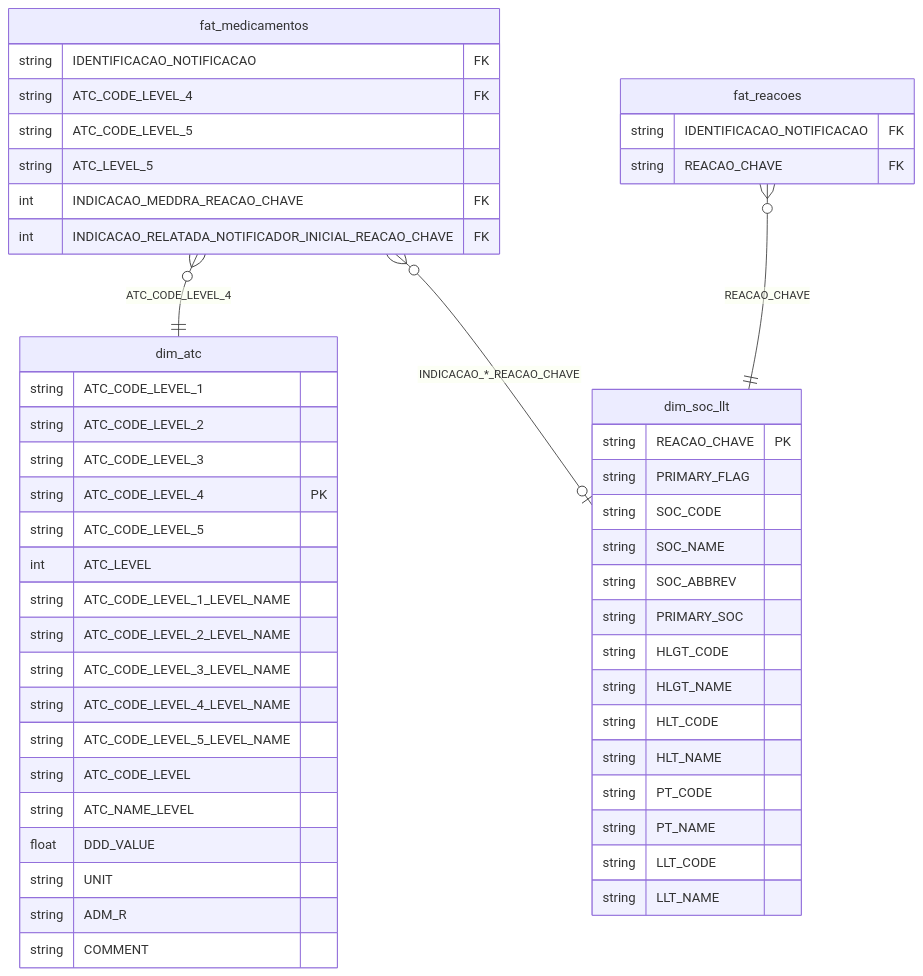
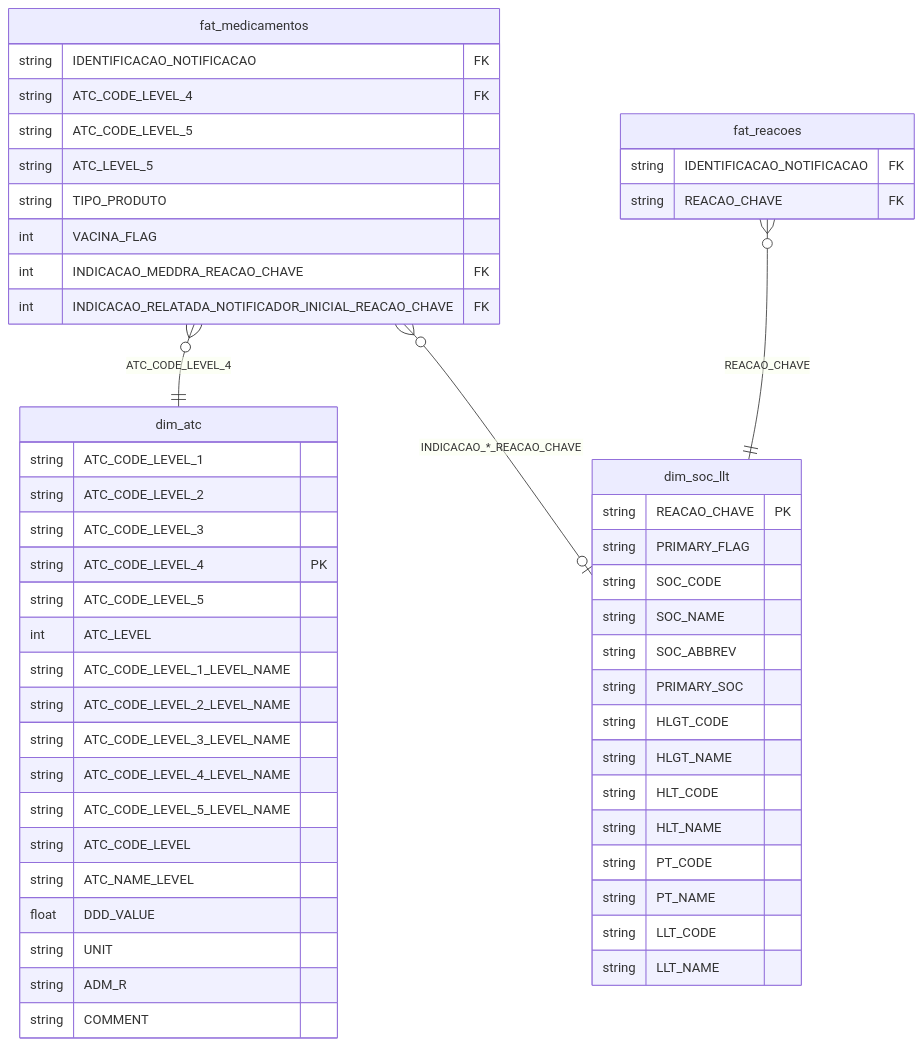
The fourth of 4 diagrams in docs/erd.md (mlab-inf-ufrgs/vigimed), drawn with Mermaid before and after one commit. The commit also changed other lines of this file and 7 other files, not shown here.

````diff
--- a/docs/erd.md
+++ b/docs/erd.md
@@ -271,55 +273,57 @@
 ```mermaid
 erDiagram
     fat_medicamentos }o--|| dim_atc : "ATC_CODE_LEVEL_4"
     fat_medicamentos }o--o| dim_soc_llt : "INDICACAO_*_REACAO_CHAVE"
     fat_reacoes }o--|| dim_soc_llt : "REACAO_CHAVE"
 
     fat_medicamentos {
         string IDENTIFICACAO_NOTIFICACAO FK
         string ATC_CODE_LEVEL_4 FK
         string ATC_CODE_LEVEL_5
         string ATC_LEVEL_5
+        string TIPO_PRODUTO
+        int VACINA_FLAG
         int INDICACAO_MEDDRA_REACAO_CHAVE FK
         int INDICACAO_RELATADA_NOTIFICADOR_INICIAL_REACAO_CHAVE FK
     }
     fat_reacoes {
         string IDENTIFICACAO_NOTIFICACAO FK
         string REACAO_CHAVE FK
     }
 
     dim_atc {
         string ATC_CODE_LEVEL_1
         string ATC_CODE_LEVEL_2
         string ATC_CODE_LEVEL_3
         string ATC_CODE_LEVEL_4 PK
         string ATC_CODE_LEVEL_5
         int ATC_LEVEL
         string ATC_CODE_LEVEL_1_LEVEL_NAME
         string ATC_CODE_LEVEL_2_LEVEL_NAME
         string ATC_CODE_LEVEL_3_LEVEL_NAME
         string ATC_CODE_LEVEL_4_LEVEL_NAME
         string ATC_CODE_LEVEL_5_LEVEL_NAME
         string ATC_CODE_LEVEL
         string ATC_NAME_LEVEL
         float DDD_VALUE
         string UNIT
         string ADM_R
         string COMMENT
     }
     dim_soc_llt {
         string REACAO_CHAVE PK
         string PRIMARY_FLAG
         string SOC_CODE
         string SOC_NAME
         string SOC_ABBREV
         string PRIMARY_SOC
         string HLGT_CODE
         string HLGT_NAME
         string HLT_CODE
         string HLT_NAME
         string PT_CODE
         string PT_NAME
         string LLT_CODE
         string LLT_NAME
     }
 ```
````
